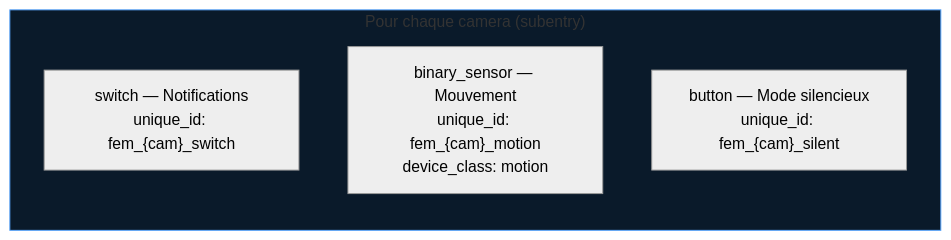
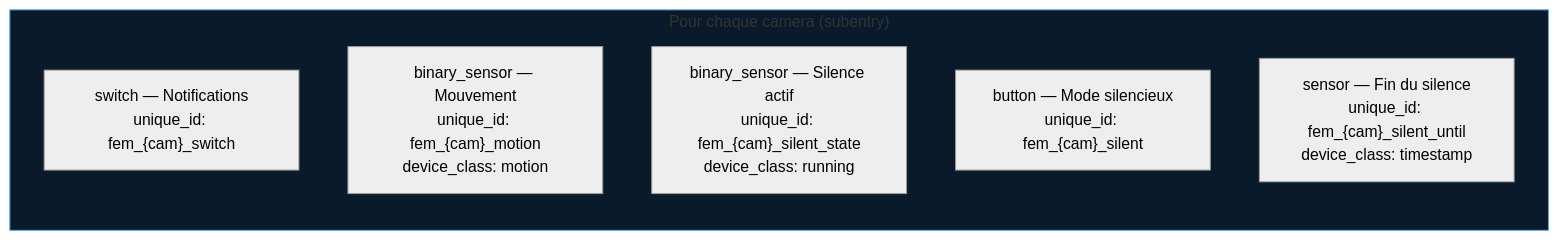
The third of 4 diagrams in docs/architecture.md (trowaflo/frigate-event-manager), drawn with Mermaid (neutral theme) before and after one commit. The commit also changed other lines of this file and 2 other files, not shown here.

Commit message:
fix: nettoyer Store HA sur suppression subentry + architecture.md SilentUntilSensor

````diff
--- a/docs/architecture.md
+++ b/docs/architecture.md
@@ -163,10 +164,12 @@
 ```mermaid
 graph LR
     subgraph camera["Pour chaque camera (subentry)"]
         D["switch — Notifications\nunique_id: fem_{cam}_switch"]
         E["binary_sensor — Mouvement\nunique_id: fem_{cam}_motion\ndevice_class: motion"]
+        E2["binary_sensor — Silence actif\nunique_id: fem_{cam}_silent_state\ndevice_class: running"]
         F["button — Mode silencieux\nunique_id: fem_{cam}_silent"]
+        G["sensor — Fin du silence\nunique_id: fem_{cam}_silent_until\ndevice_class: timestamp"]
     end
 
     style camera fill:#0a1a2a,stroke:#58a6ff
 ```
````
